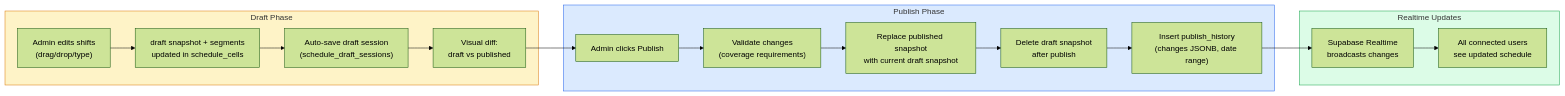
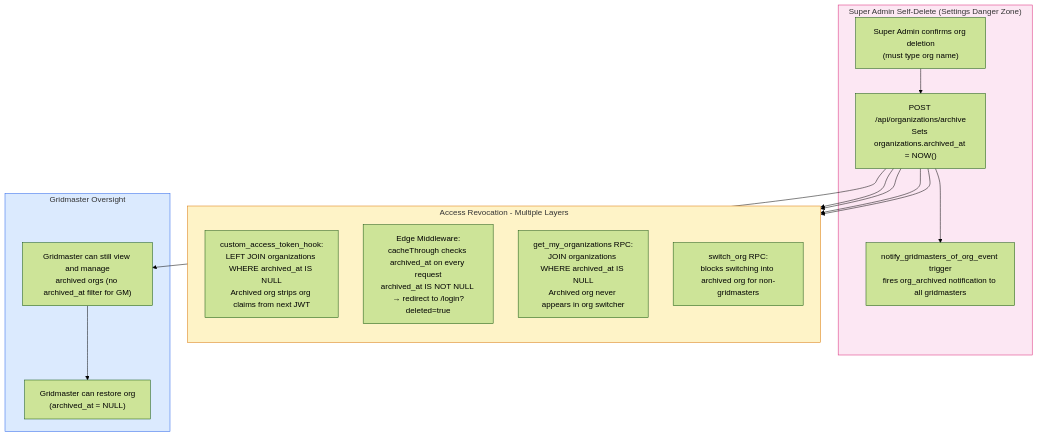
One commit to nickosmas/dub-grid changed diagram 11 of 17 in SYSTEM_FLOWCHARTS.md. Above: the diagram before and after it, drawn with Mermaid (forest theme). The commit also changed other lines of this file and 24 other files, not shown here.

First line of the commit message:
docs: full rewrite pass to current state across all markdown

````diff
--- a/SYSTEM_FLOWCHARTS.md
+++ b/SYSTEM_FLOWCHARTS.md
@@ -720,37 +983,34 @@
 ```mermaid
-flowchart LR
-    subgraph Draft["Draft Phase"]
-        EDIT["Admin edits shifts<br/>(drag/drop/type)"]
-        DRAFTCODES["draft snapshot + segments<br/>updated in schedule_cells"]
-        SAVE["Auto-save draft session<br/>(schedule_draft_sessions)"]
-        PREVIEW["Visual diff:<br/>draft vs published"]
+flowchart TD
+    subgraph Delete["Super Admin Self-Delete (Settings Danger Zone)"]
+        CONFIRM["Super Admin confirms org deletion\n(must type org name)"]
+        ARCHIVE["POST /api/organizations/archive\nSets organizations.archived_at = NOW()"]
+        NOTIF["notify_gridmasters_of_org_event trigger\nfires org_archived notification to all gridmasters"]
     end
 
-    subgraph Publish["Publish Phase"]
-        PUB["Admin clicks Publish"]
-        VALIDATE["Validate changes<br/>(coverage requirements)"]
-        COPY["Replace published snapshot<br/>with current draft snapshot"]
-        CLEAR["Delete draft snapshot<br/>after publish"]
-        LOG["Insert publish_history<br/>(changes JSONB, date range)"]
+    subgraph Revoke["Access Revocation - Multiple Layers"]
+        direction TB
+        HOOK["custom_access_token_hook:\nLEFT JOIN organizations WHERE archived_at IS NULL\nArchived org strips org claims from next JWT"]
+        MIDDLEWARE["Edge Middleware:\ncacheThrough checks archived_at on every request\narchived_at IS NOT NULL → redirect to /login?deleted=true"]
+        GETMYORGS["get_my_organizations RPC:\nJOIN organizations WHERE archived_at IS NULL\nArchived org never appears in org switcher"]
+        SWITCHORG["switch_org RPC:\nblocks switching into archived org for non-gridmasters"]
     end
 
-    subgraph Realtime["Realtime Updates"]
-        RT["Supabase Realtime<br/>broadcasts changes"]
-        USERS["All connected users<br/>see updated schedule"]
+    subgraph Gridmaster["Gridmaster Oversight"]
+        VIEW["Gridmaster can still view and manage\narchived orgs (no archived_at filter for GM)"]
+        RESTORE["Gridmaster can restore org\n(archived_at = NULL)"]
     end
 
-    EDIT --> DRAFTCODES
-    DRAFTCODES --> SAVE
-    SAVE --> PREVIEW
-    PREVIEW --> PUB
-    PUB --> VALIDATE
-    VALIDATE --> COPY
-    COPY --> CLEAR
-    CLEAR --> LOG
-    LOG --> RT
-    RT --> USERS
+    CONFIRM --> ARCHIVE
+    ARCHIVE --> NOTIF
+    ARCHIVE --> HOOK
+    ARCHIVE --> MIDDLEWARE
+    ARCHIVE --> GETMYORGS
+    ARCHIVE --> SWITCHORG
+    ARCHIVE --> VIEW
+    VIEW --> RESTORE
 
-    style Draft fill:#fef3c7,stroke:#d97706
-    style Publish fill:#dbeafe,stroke:#2563eb
-    style Realtime fill:#dcfce7,stroke:#16a34a
+    style Delete fill:#fce7f3,stroke:#db2777
+    style Revoke fill:#fef3c7,stroke:#d97706
+    style Gridmaster fill:#dbeafe,stroke:#2563eb
 ```
````
